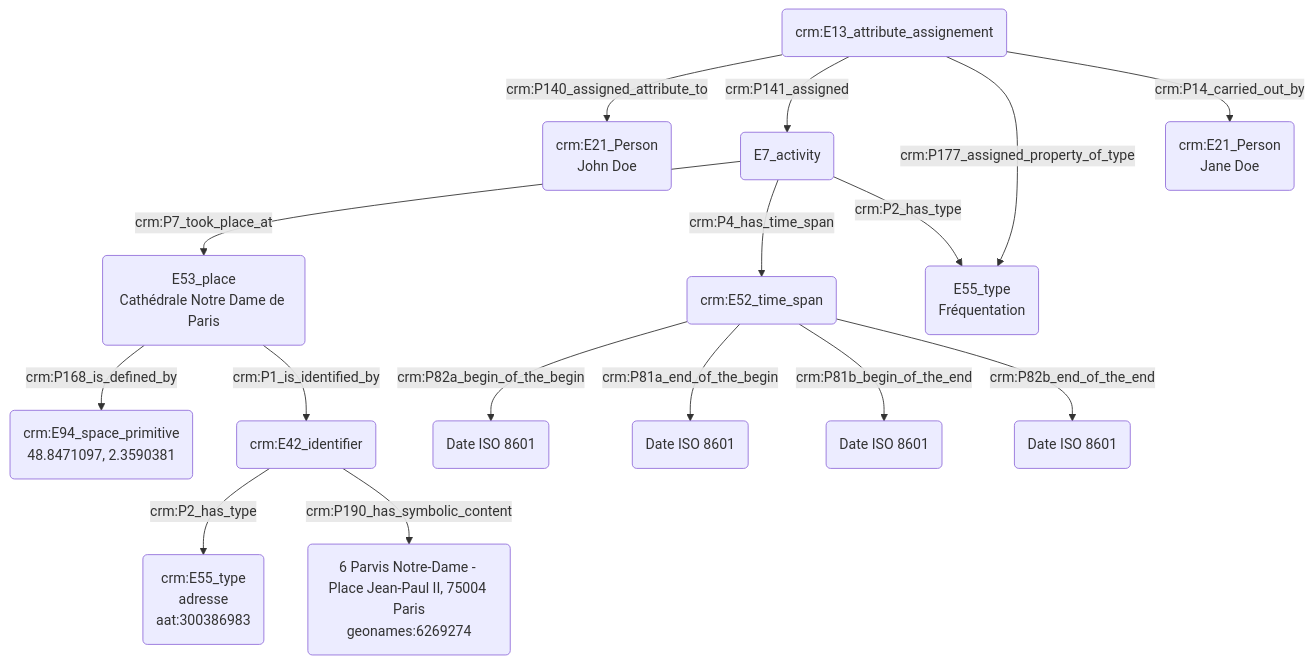
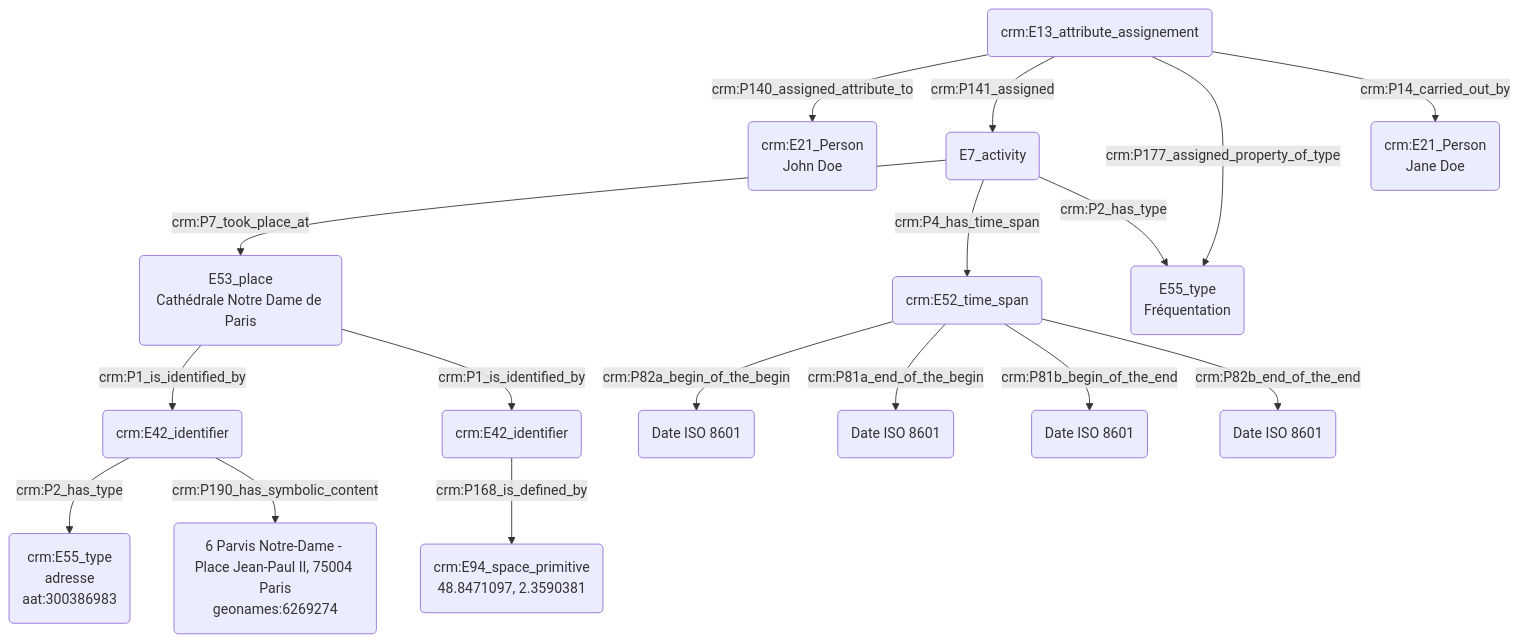
One commit to Amleth/consortium-musica2-gt2-ontologies changed the diagram in modules/livrables/Dossier 2/Prosopographie/fréquentation d'un lieu à un instant donné.md. Above: the diagram before and after it, drawn with Mermaid.

Commit message:
Update fréquentation d'un lieu à un instant donné.md

````diff
--- a/modules/livrables/Dossier 2/Prosopographie/fréquentation d'un lieu à un instant donné.md
+++ b/modules/livrables/Dossier 2/Prosopographie/fréquentation d'un lieu à un instant donné.md
@@ -17,24 +17,25 @@
 ```mermaid
 graph TD;
 
 
 
 B(E7_activity) -->|crm:P7_took_place_at| I(E53_place<br>Cathédrale Notre Dame de Paris)
-I(E53_place<br>Cathédrale Notre Dame de Paris) --> |crm:P168_is_defined_by| L(crm:E94_space_primitive<br>48.8471097, 2.3590381)
 I(E53_place<br>Cathédrale Notre Dame de Paris) --> |crm:P1_is_identified_by| M(crm:E42_identifier)
 M(crm:E42_identifier) --> |crm:P2_has_type| K(crm:E55_type<br>adresse<br>aat:300386983)
 M(crm:E42_identifier) --> |crm:P190_has_symbolic_content| N(6 Parvis Notre-Dame - Place Jean-Paul II, 75004 Paris<br>geonames:6269274)
+I(E53_place<br>Cathédrale Notre Dame de Paris) --> |crm:P1_is_identified_by| X(crm:E42_identifier)
+X(crm:E42_identifier) --> |crm:P168_is_defined_by| L(crm:E94_space_primitive<br>48.8471097, 2.3590381)
 
 B(E7_activity) --> |crm:P4_has_time_span| D(crm:E52_time_span)
 D(crm:E52_time_span) --> |crm:P82a_begin_of_the_begin| E("Date ISO 8601")
 D(crm:E52_time_span) --> |crm:P81a_end_of_the_begin| F("Date ISO 8601")
 D(crm:E52_time_span) --> |crm:P81b_begin_of_the_end|G("Date ISO 8601")
 D(crm:E52_time_span) --> |crm:P82b_end_of_the_end| H("Date ISO 8601")
 
 U(crm:E13_attribute_assignement) --> |crm:P140_assigned_attribute_to| A(crm:E21_Person<br>John Doe)
 U(crm:E13_attribute_assignement) --> |crm:P141_assigned| B(E7_activity)
 U(crm:E13_attribute_assignement) --> |crm:P177_assigned_property_of_type| C(E55_type<br>Fréquentation)
 U(crm:E13_attribute_assignement) --> |crm:P14_carried_out_by| V(crm:E21_Person<br>Jane Doe)
 B(E7_activity) -->|crm:P2_has_type| C(E55_type<br>Fréquentation)
 
 ```
````
